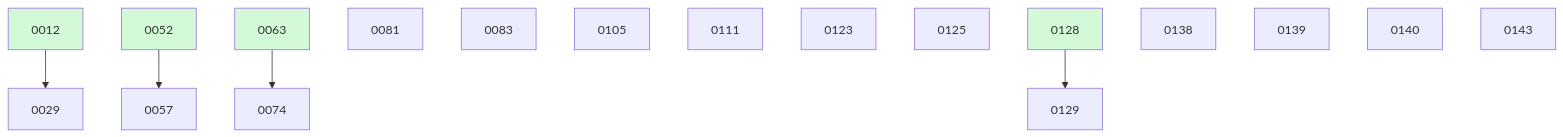
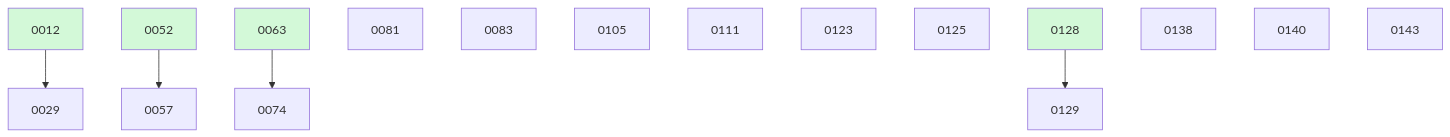
The diagram in docs/changes/BOARD.md (ethanhinson/fuse), drawn with Mermaid before and after one commit. The commit also changed other lines of this file and 1 other file, not shown here.

````diff
--- a/docs/changes/BOARD.md
+++ b/docs/changes/BOARD.md
@@ -39,22 +38,21 @@
 ```mermaid
 graph TD
   0012 --> 0029
   0052 --> 0057
   0063 --> 0074
   0081
   0083
   0105
   0111
   0123
   0125
   0128 --> 0129
   0138
-  0139
   0140
   0143
   0012:::done
   0052:::done
   0063:::done
   0128:::done
   classDef done fill:#d3f9d8;
 ```
````
